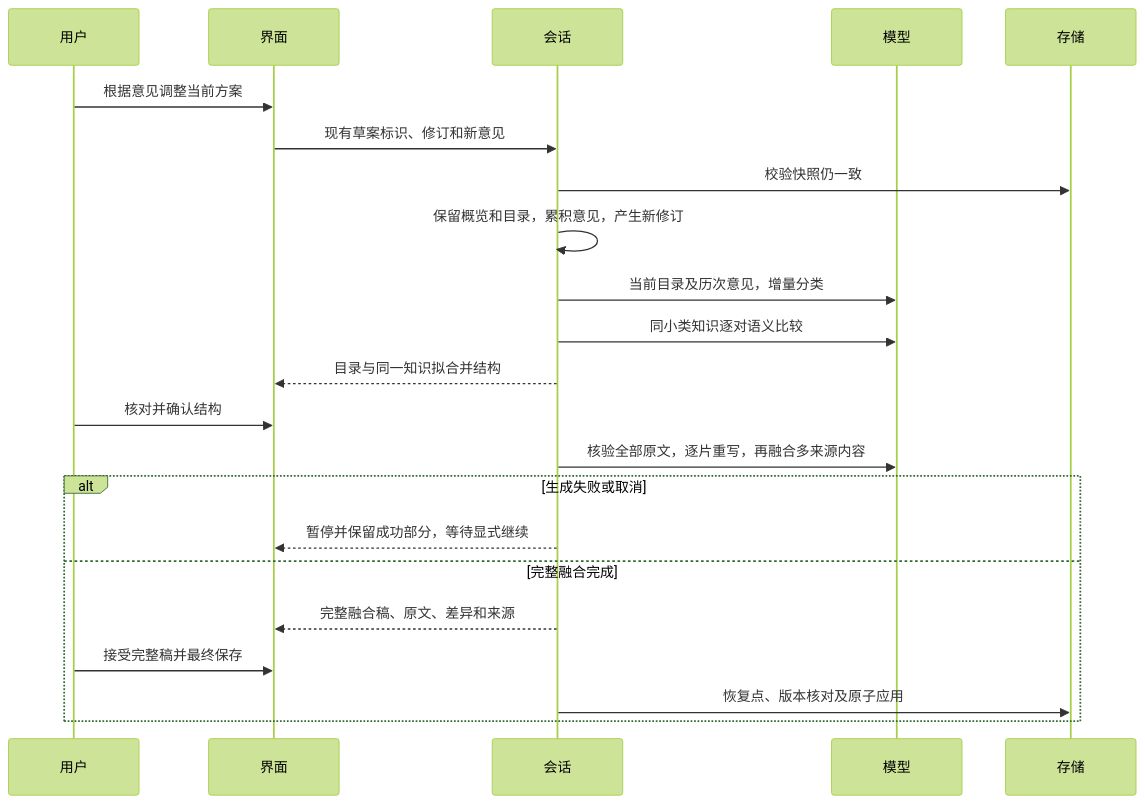
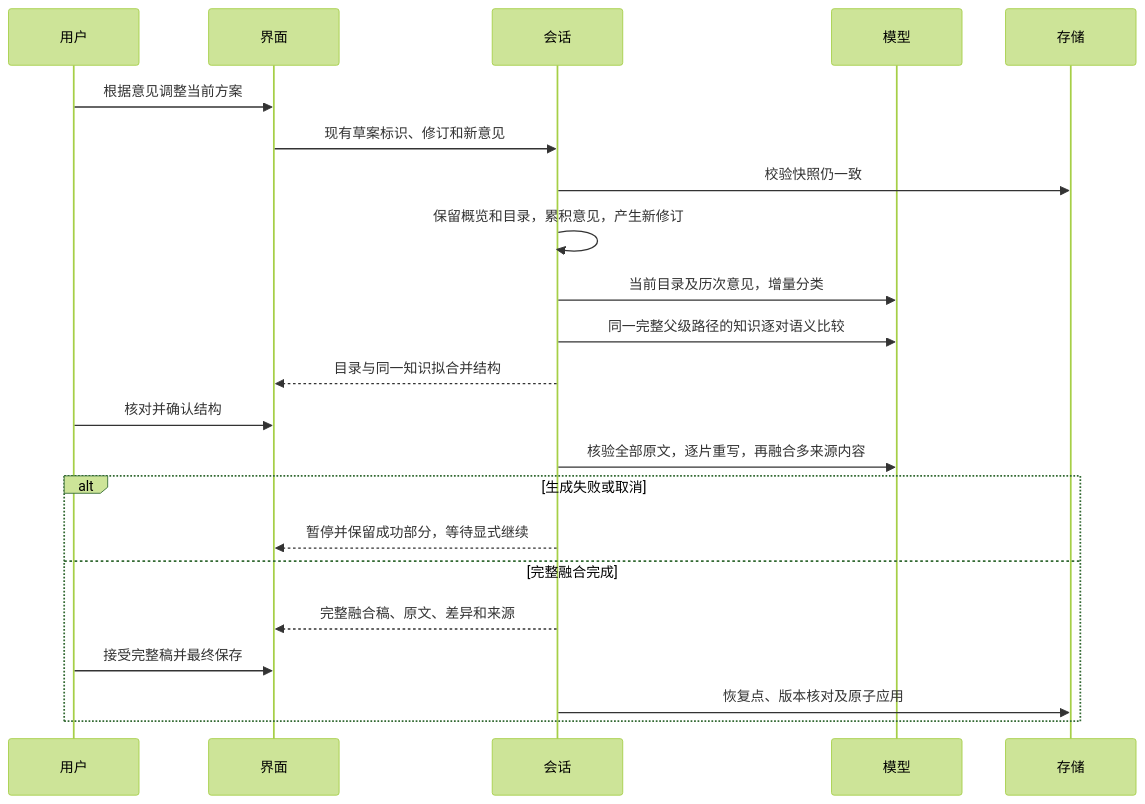
The fourth of 4 diagrams in docs/确认页/个人知识库/技术设计.md (20050404yxc-collab/KnowledgeBase), drawn with Mermaid (forest theme) before and after one commit. The commit also changed other lines of this file and 56 other files, not shown here.

````diff
--- a/docs/确认页/个人知识库/技术设计.md
+++ b/docs/确认页/个人知识库/技术设计.md
@@ -600,24 +600,24 @@
 ```mermaid
 sequenceDiagram
     participant 用户
     participant 界面
     participant 会话
     participant 模型
     participant 存储
     用户->>界面: 根据意见调整当前方案
     界面->>会话: 现有草案标识、修订和新意见
     会话->>存储: 校验快照仍一致
     会话->>会话: 保留概览和目录，累积意见，产生新修订
     会话->>模型: 当前目录及历次意见，增量分类
-    会话->>模型: 同小类知识逐对语义比较
+    会话->>模型: 同一完整父级路径的知识逐对语义比较
     会话-->>界面: 目录与同一知识拟合并结构
     用户->>界面: 核对并确认结构
     会话->>模型: 核验全部原文，逐片重写，再融合多来源内容
     alt 生成失败或取消
         会话-->>界面: 暂停并保留成功部分，等待显式继续
     else 完整融合完成
         会话-->>界面: 完整融合稿、原文、差异和来源
         用户->>界面: 接受完整稿并最终保存
         会话->>存储: 恢复点、版本核对及原子应用
     end
 ```
````
